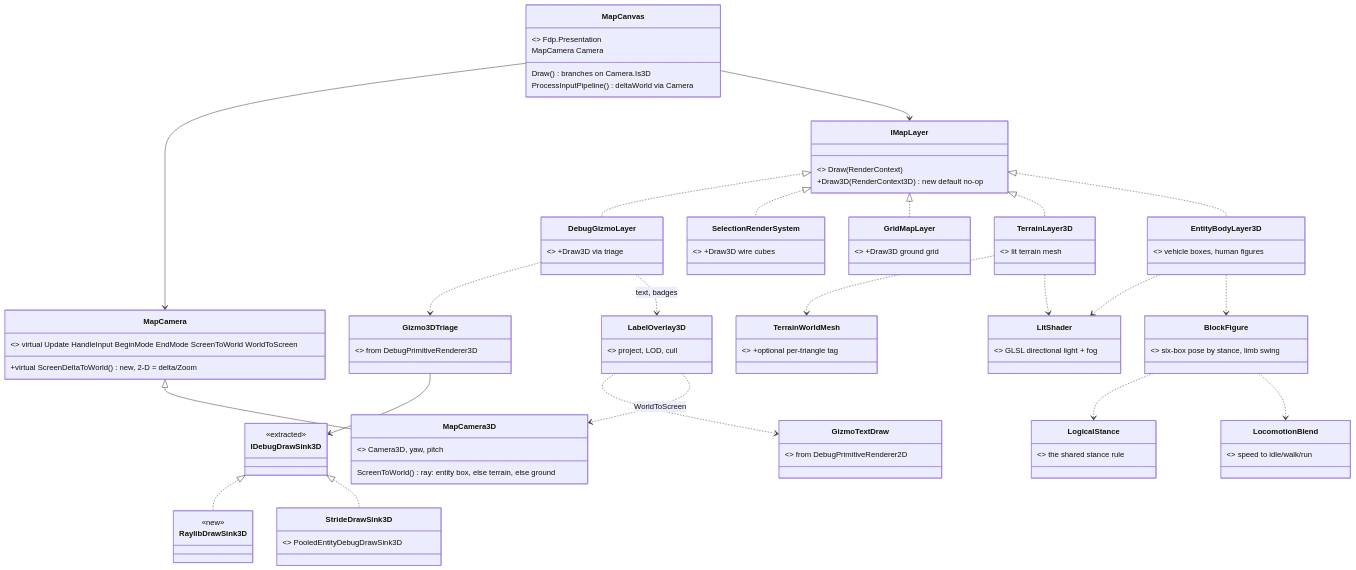
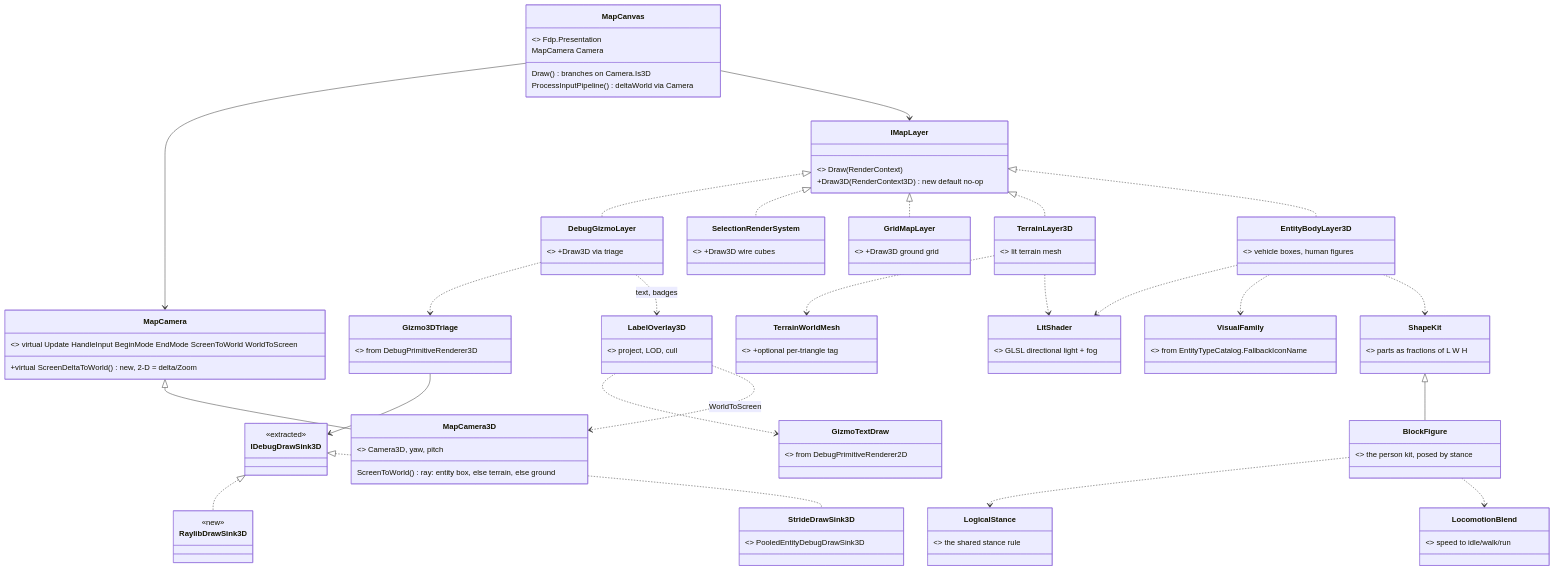
Before and after one commit to pjanec/HROT: the second of 6 diagrams in docs/DESIGN_Map_3D_Mode.md, drawn with Mermaid. The commit also changed other lines of this file and 1 other file, not shown here.

First line of the commit message:
design(CE-1033): 3-D map — vehicles and aircraft as multi-part shape kits (U18)

````diff
--- a/docs/DESIGN_Map_3D_Mode.md
+++ b/docs/DESIGN_Map_3D_Mode.md
@@ -119,58 +120,62 @@
 ```mermaid
 classDiagram
   class MapCanvas {
     <<exists, 2 edits>> Fdp.Presentation
     MapCamera Camera
     Draw()  branches on Camera.Is3D
     ProcessInputPipeline()  deltaWorld via Camera
   }
   class MapCamera {
     <<exists>> virtual Update HandleInput BeginMode EndMode ScreenToWorld WorldToScreen
     +virtual ScreenDeltaToWorld()  new, 2-D = delta/Zoom
   }
   class MapCamera3D {
     <<new>> Camera3D, yaw, pitch
     ScreenToWorld()  ray: entity box, else terrain, else ground
   }
   class IMapLayer {
     <<exists>> Draw(RenderContext)
     +Draw3D(RenderContext3D)  new default no-op
   }
   class DebugGizmoLayer { <<exists>> +Draw3D via triage }
   class SelectionRenderSystem { <<exists>> +Draw3D wire cubes }
   class GridMapLayer { <<exists>> +Draw3D ground grid }
   class TerrainLayer3D { <<new>> lit terrain mesh }
   class EntityBodyLayer3D { <<new>> vehicle boxes, human figures }
-  class BlockFigure { <<new>> six-box pose by stance, limb swing }
+  class ShapeKit { <<new>> parts as fractions of L W H }
+  class VisualFamily { <<extracted>> from EntityTypeCatalog.FallbackIconName }
+  class BlockFigure { <<new>> the person kit, posed by stance }
   class LogicalStance { <<exists>> the shared stance rule }
   class LocomotionBlend { <<extracted>> speed to idle/walk/run }
   class Gizmo3DTriage { <<extracted>> from DebugPrimitiveRenderer3D }
   class IDebugDrawSink3D { <<extracted>> }
   class RaylibDrawSink3D { <<new>> }
   class StrideDrawSink3D { <<exists>> PooledEntityDebugDrawSink3D }
   class TerrainWorldMesh { <<exists>> +optional per-triangle tag }
   class LitShader { <<new>> GLSL directional light + fog }
   class LabelOverlay3D { <<new>> project, LOD, cull }
   class GizmoTextDraw { <<extracted>> from DebugPrimitiveRenderer2D }
   MapCamera <|-- MapCamera3D
   MapCanvas --> MapCamera
   MapCanvas --> IMapLayer
   IMapLayer <|.. DebugGizmoLayer
   IMapLayer <|.. SelectionRenderSystem
   IMapLayer <|.. GridMapLayer
   IMapLayer <|.. TerrainLayer3D
   IMapLayer <|.. EntityBodyLayer3D
   DebugGizmoLayer ..> Gizmo3DTriage
   Gizmo3DTriage --> IDebugDrawSink3D
   IDebugDrawSink3D <|.. RaylibDrawSink3D
   IDebugDrawSink3D <|.. StrideDrawSink3D
   TerrainLayer3D ..> TerrainWorldMesh
   TerrainLayer3D ..> LitShader
   EntityBodyLayer3D ..> LitShader
-  EntityBodyLayer3D ..> BlockFigure
+  EntityBodyLayer3D ..> VisualFamily
+  EntityBodyLayer3D ..> ShapeKit
+  ShapeKit <|-- BlockFigure
   DebugGizmoLayer ..> LabelOverlay3D : text, badges
   LabelOverlay3D ..> GizmoTextDraw
   LabelOverlay3D ..> MapCamera3D : WorldToScreen
   BlockFigure ..> LogicalStance
   BlockFigure ..> LocomotionBlend
 ```
````
